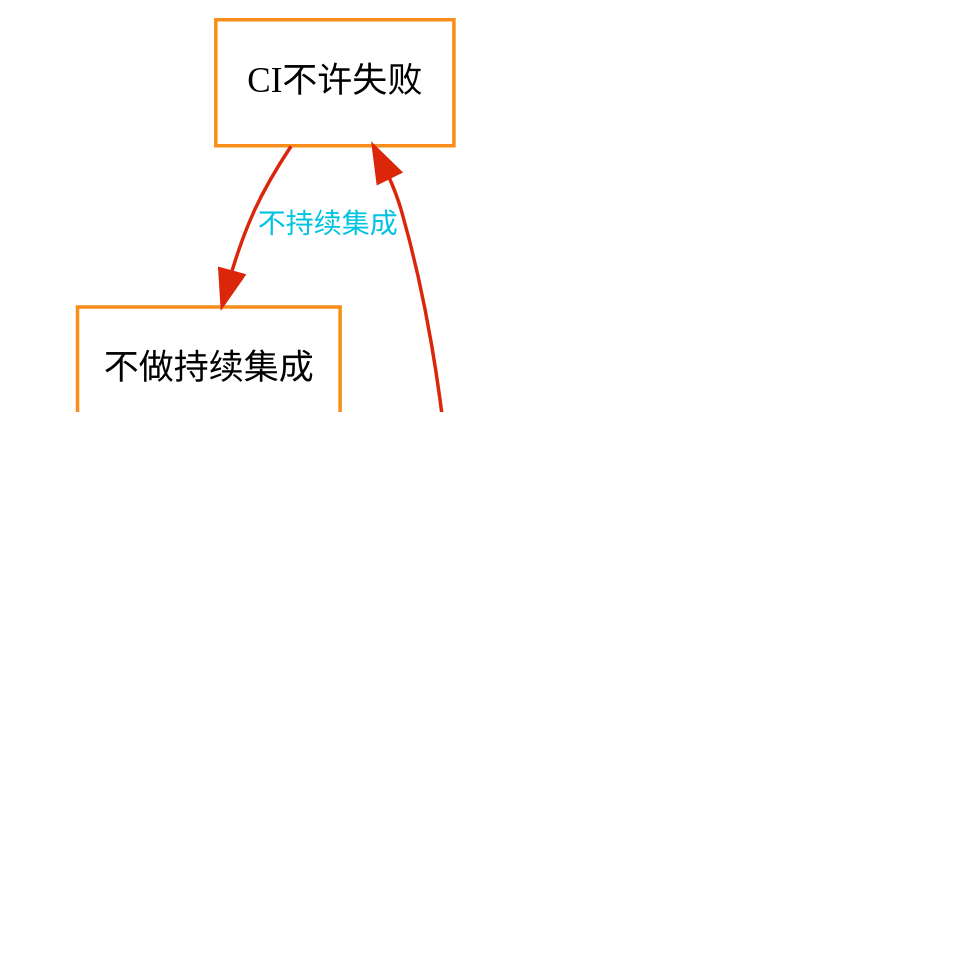
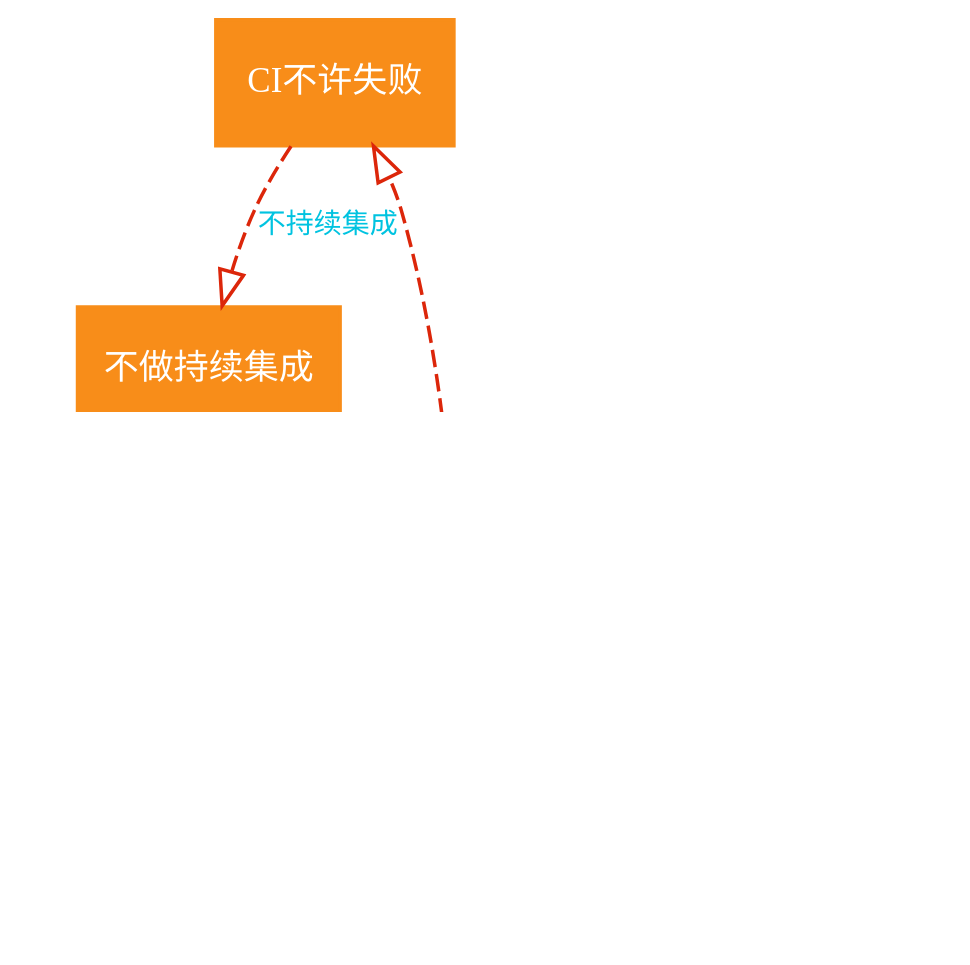
The diagram in mind-set/anti-pattern.dot (abruzzi/pre-iteration-zero), drawn with Graphviz before and after one commit. The commit also changed 17 other files, not shown here.

```diff
--- a/mind-set/anti-pattern.dot
+++ b/mind-set/anti-pattern.dot
@@ -1,31 +1,34 @@
 digraph {
 	fontname="Microsoft YaHei";
     fontsize=10;
 
     graph [dpi=180];
 
-    node [shape="record", color="#F88D19", fontname="Consolas", fontsize=10];
-    edge [color="#3C7CCC", fontname="Consolas", fontsize=10];
+    style="filled"
+    color="#EBEBEB"
+
+    node [shape="record", color="#F88D19", fontname="Consolas", fontsize=10, style="filled", fontcolor="#ffffff"];
+    edge [color="#3C7CCC", fontname="Consolas", fontsize=10, arrowhead="empty", style="dashed"];
 
 	no_ci_failure [label="CI不许失败"];
 
     interface_change [label="接口变更"];    
     no_ci [label="不做持续集成"];
 
     ci_failure_by_change [label="依赖方构建失败"];
     no_deliver [label="无法按时交付"];
 
     long_time_integrate [label="花费大量时间集成"];
 
     edge [fontcolor="#00C3E0", fontsize=8];
     interface_change -> ci_failure_by_change [label="依赖接口变更"];
     
     ci_failure_by_change -> no_deliver [label="打包任务失败"];
 
     edge [color="#DC260A"];
     no_deliver -> no_ci_failure [label="规则：不许有失败的CI"];
     no_ci_failure -> no_ci [label="不持续集成"];
 
     no_ci -> long_time_integrate [label="集成时间变长"];
     long_time_integrate -> no_deliver;
 }
```
